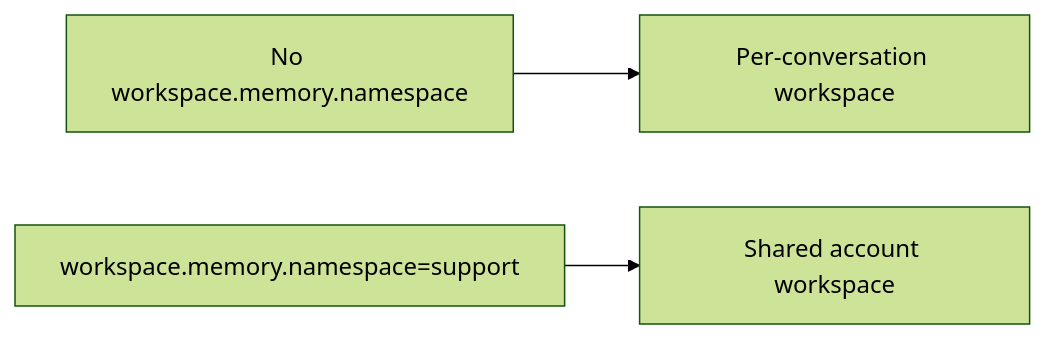
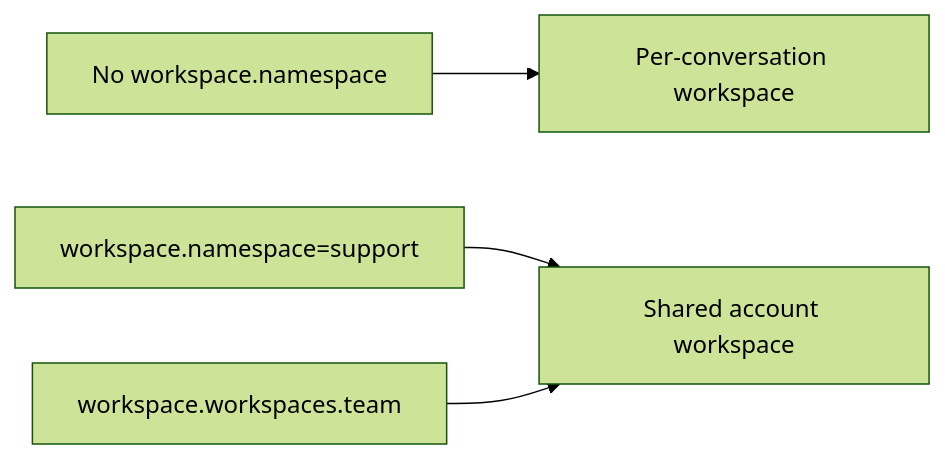
One commit to beeblastco/broods changed the tenth of 10 diagrams in docs/architecture.md. Above: the diagram before and after it, drawn with Mermaid (forest theme). The commit also changed other lines of this file and 21 other files, not shown here.

````diff
--- a/docs/architecture.md
+++ b/docs/architecture.md
@@ -263,5 +263,6 @@
 ```mermaid
 flowchart LR
-  Conversation["No workspace.memory.namespace"] --> PerConversation["Per-conversation workspace"]
-  Namespace["workspace.memory.namespace=support"] --> Shared["Shared account workspace"]
+  Conversation["No workspace.namespace"] --> PerConversation["Per-conversation workspace"]
+  Namespace["workspace.namespace=support"] --> Shared["Shared account workspace"]
+  Named["workspace.workspaces.team"] --> Shared
 ```
````
